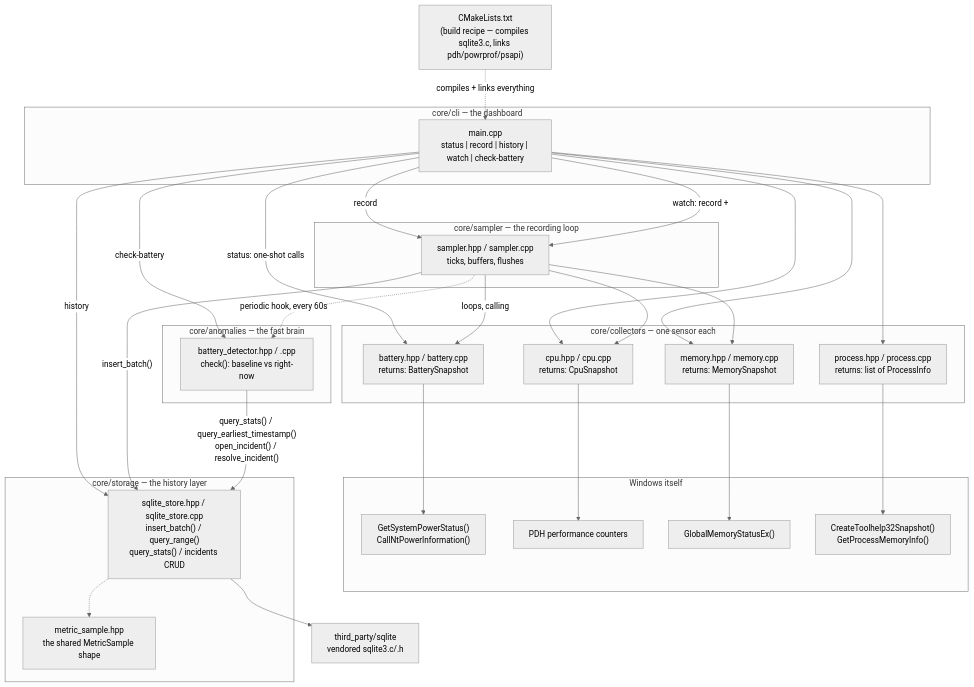
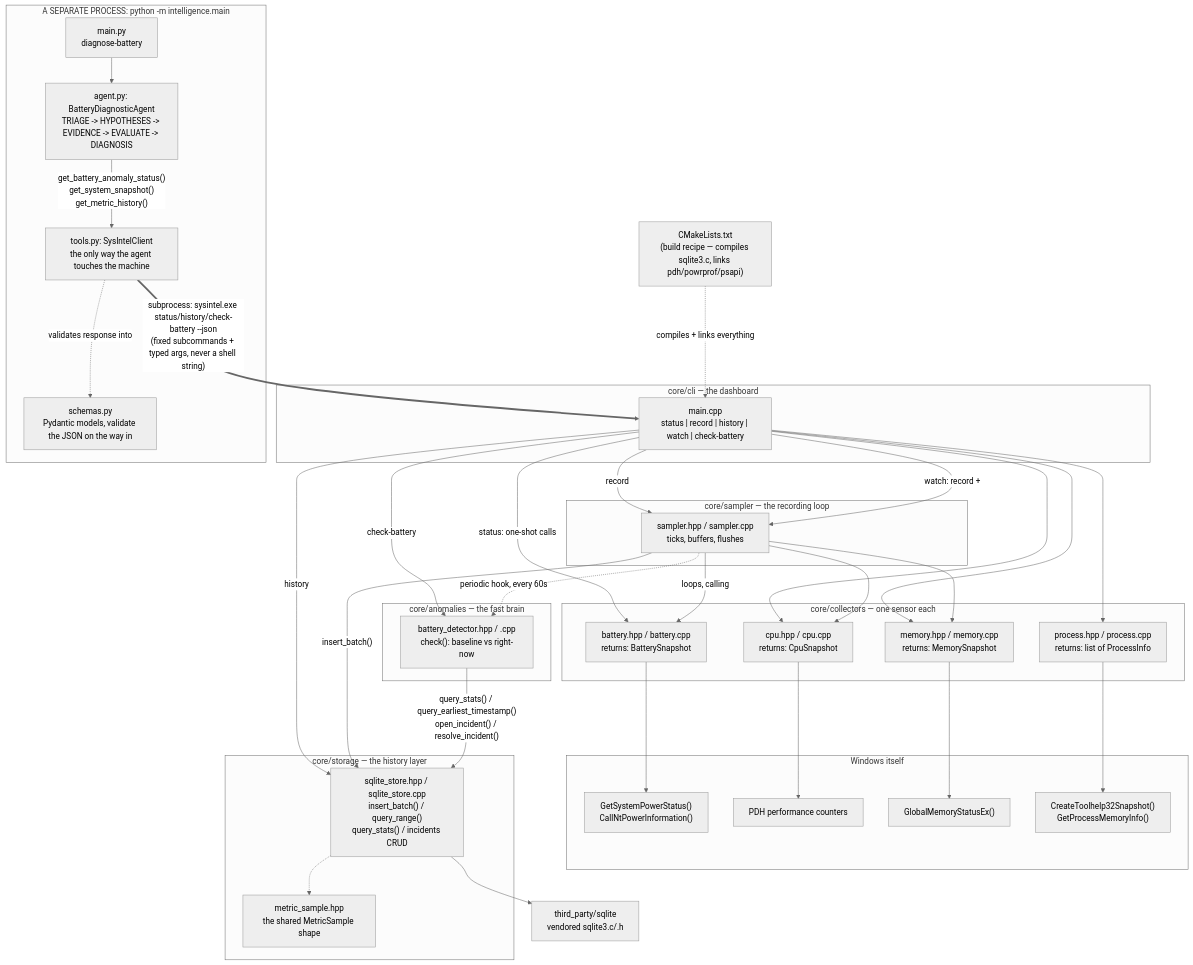
The first of 2 diagrams in README.md (HarshdeepJ/System-Intelligence), drawn with Mermaid (neutral theme) before and after one commit. The commit also changed other lines of this file and 29 other files, not shown here.

````diff
--- a/README.md
+++ b/README.md
@@ -70,63 +171,75 @@
 ```mermaid
 flowchart TD
     subgraph CLI["core/cli — the dashboard"]
         MAIN["main.cpp<br/>status | record | history | watch | check-battery"]
     end
 
     subgraph COLLECTORS["core/collectors — one sensor each"]
         BAT["battery.hpp / battery.cpp<br/>returns: BatterySnapshot"]
         CPU["cpu.hpp / cpu.cpp<br/>returns: CpuSnapshot"]
         MEM["memory.hpp / memory.cpp<br/>returns: MemorySnapshot"]
         PROC["process.hpp / process.cpp<br/>returns: list of ProcessInfo"]
     end
 
     subgraph WINAPI["Windows itself"]
         W1["GetSystemPowerStatus()<br/>CallNtPowerInformation()"]
         W2["PDH performance counters"]
         W3["GlobalMemoryStatusEx()"]
         W4["CreateToolhelp32Snapshot()<br/>GetProcessMemoryInfo()"]
     end
 
     subgraph SAMPLER["core/sampler — the recording loop"]
         SAMP["sampler.hpp / sampler.cpp<br/>ticks, buffers, flushes"]
     end
 
     subgraph STORAGE["core/storage — the history layer"]
         SAMPLE["metric_sample.hpp<br/>the shared MetricSample shape"]
         STORE["sqlite_store.hpp / sqlite_store.cpp<br/>insert_batch() / query_range()<br/>query_stats() / incidents CRUD"]
     end
 
     subgraph ANOMALY["core/anomalies — the fast brain"]
         DETECT["battery_detector.hpp / .cpp<br/>check(): baseline vs right-now"]
     end
 
     SQLITE["third_party/sqlite<br/>vendored sqlite3.c/.h"]
 
     MAIN -->|"status: one-shot calls"| BAT
     MAIN --> CPU
     MAIN --> MEM
     MAIN --> PROC
 
     MAIN -->|"record"| SAMP
     MAIN -->|"history"| STORE
     MAIN -->|"check-battery"| DETECT
     MAIN -->|"watch: record +"| SAMP
 
     SAMP -->|"loops, calling"| BAT
     SAMP --> CPU
     SAMP --> MEM
     SAMP -->|"insert_batch()"| STORE
     SAMP -.->|"periodic hook, every 60s"| DETECT
 
     BAT --> W1
     CPU --> W2
     MEM --> W3
     PROC --> W4
 
     DETECT -->|"query_stats() / query_earliest_timestamp()<br/>open_incident() / resolve_incident()"| STORE
 
     STORE --> SQLITE
     STORE -.-> SAMPLE
 
     BUILD["CMakeLists.txt<br/>(build recipe — compiles sqlite3.c, links pdh/powrprof/psapi)"] -.->|compiles + links everything| MAIN
+
+    subgraph PYPROC["A SEPARATE PROCESS: python -m intelligence.main"]
+        TOOLS["tools.py: SysIntelClient<br/>the only way the agent touches the machine"]
+        SCHEMAS["schemas.py<br/>Pydantic models, validate the JSON on the way in"]
+        AGENT["agent.py: BatteryDiagnosticAgent<br/>TRIAGE -&gt; HYPOTHESES -&gt; EVIDENCE -&gt; EVALUATE -&gt; DIAGNOSIS"]
+        PYMAIN["main.py<br/>diagnose-battery"]
+    end
+
+    PYMAIN --> AGENT
+    AGENT -->|"get_battery_anomaly_status()<br/>get_system_snapshot()<br/>get_metric_history()"| TOOLS
+    TOOLS -.->|validates response into| SCHEMAS
+    TOOLS ==>|"subprocess: sysintel.exe status/history/check-battery --json<br/>(fixed subcommands + typed args, never a shell string)"| MAIN
 ```
````
